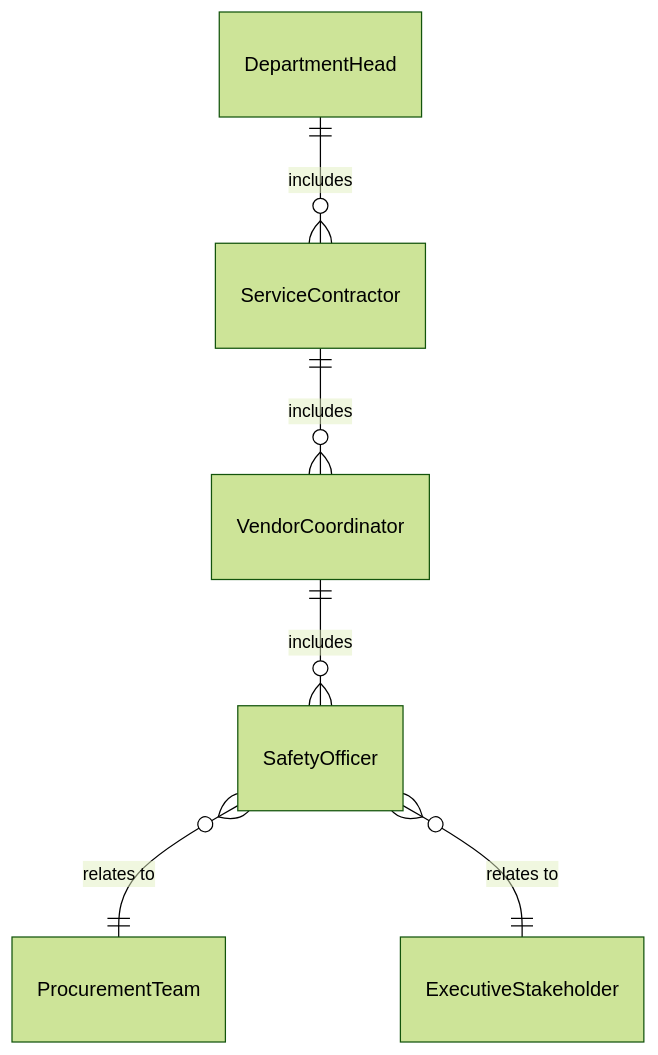
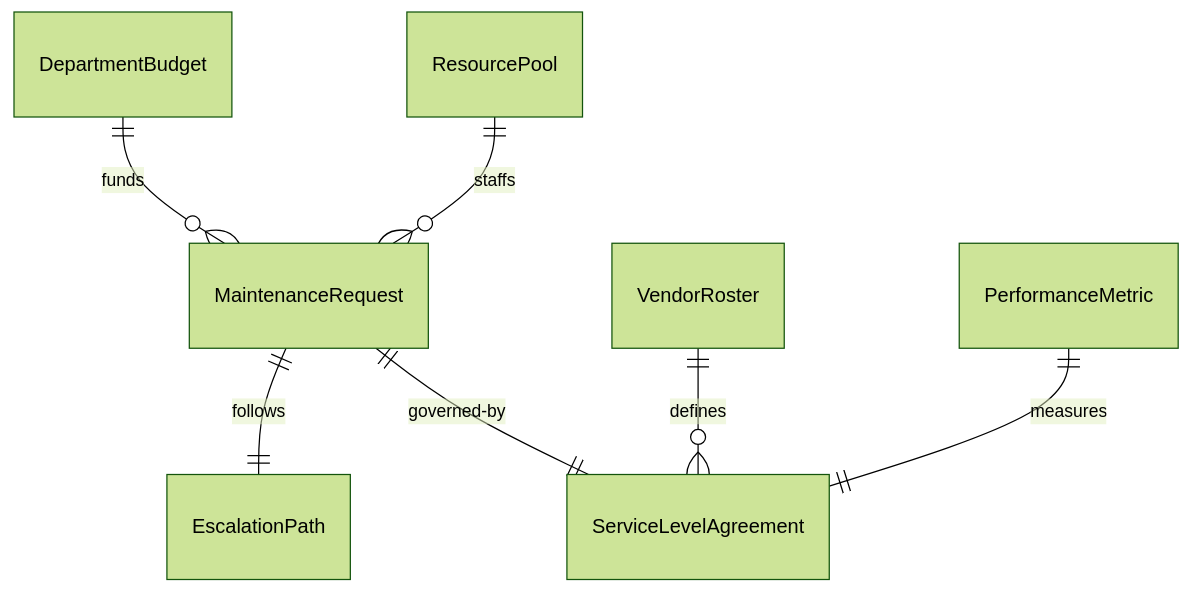
Before and after one commit to dot-org-ai/tasks.org.ai: the first of 4 diagrams in GuidingDirectingAndMotivatingSubordinates/DirectOrganizationalOperationsActivitiesOrProcedures/DirectMaintenanceRepairActivities.mdx, drawn with Mermaid (forest theme). The commit also changed other lines of this file and 515 other files, not shown here.

````diff
--- a/GuidingDirectingAndMotivatingSubordinates/DirectOrganizationalOperationsActivitiesOrProcedures/DirectMaintenanceRepairActivities.mdx
+++ b/GuidingDirectingAndMotivatingSubordinates/DirectOrganizationalOperationsActivitiesOrProcedures/DirectMaintenanceRepairActivities.mdx
@@ -91,8 +91,9 @@
 ```mermaid
 erDiagram
-    DepartmentHead ||--o{ ServiceContractor : includes
-    ServiceContractor ||--o{ VendorCoordinator : includes
-    VendorCoordinator ||--o{ SafetyOfficer : includes
-    SafetyOfficer }o--|| ProcurementTeam : "relates to"
-    SafetyOfficer }o--|| ExecutiveStakeholder : "relates to"
+    MaintenanceRequest ||--|| EscalationPath : "follows"
+    MaintenanceRequest ||--|| ServiceLevelAgreement : "governed-by"
+    VendorRoster ||--o{ ServiceLevelAgreement : "defines"
+    DepartmentBudget ||--o{ MaintenanceRequest : "funds"
+    ResourcePool ||--o{ MaintenanceRequest : "staffs"
+    PerformanceMetric ||--|| ServiceLevelAgreement : "measures"
 ```
````
